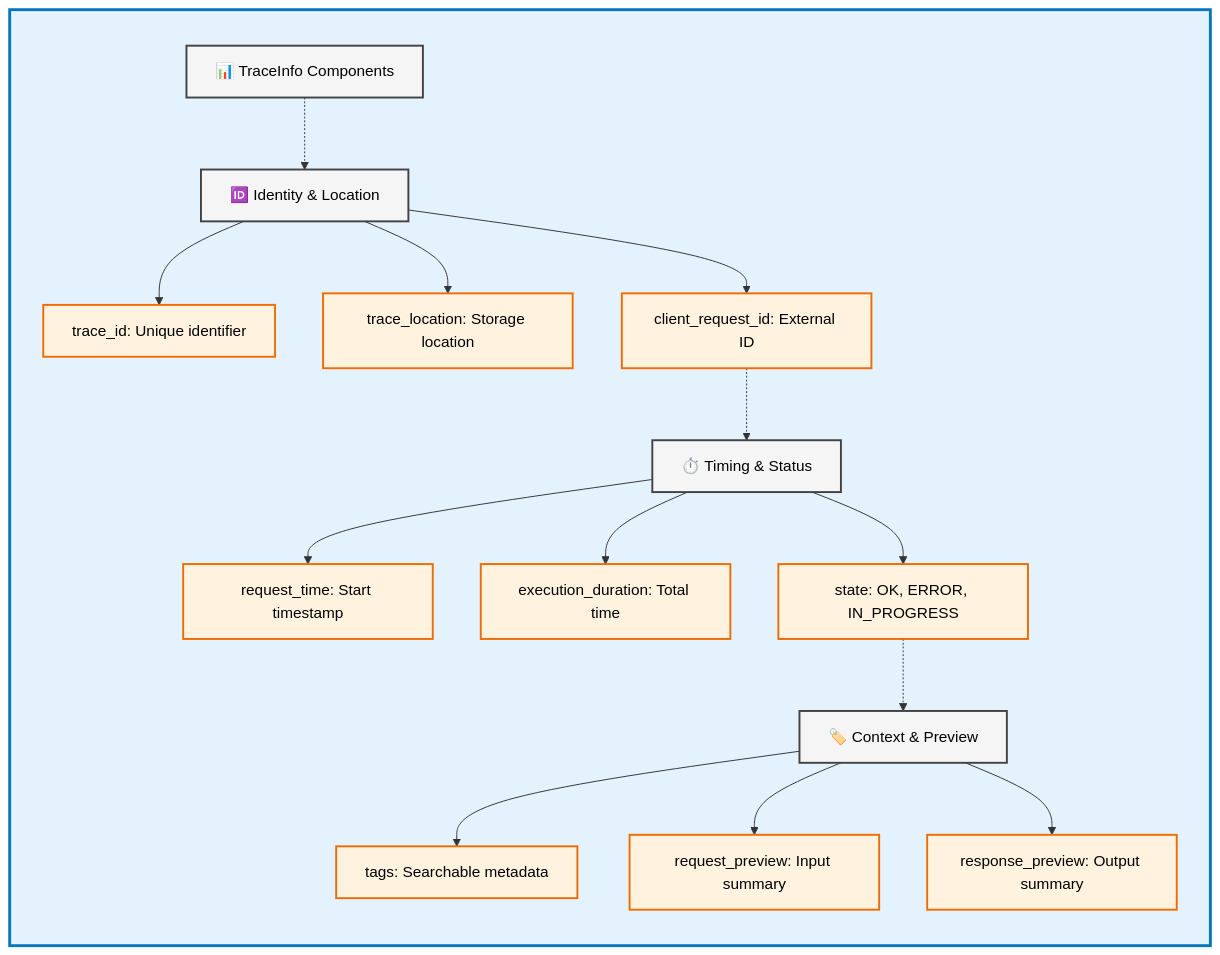
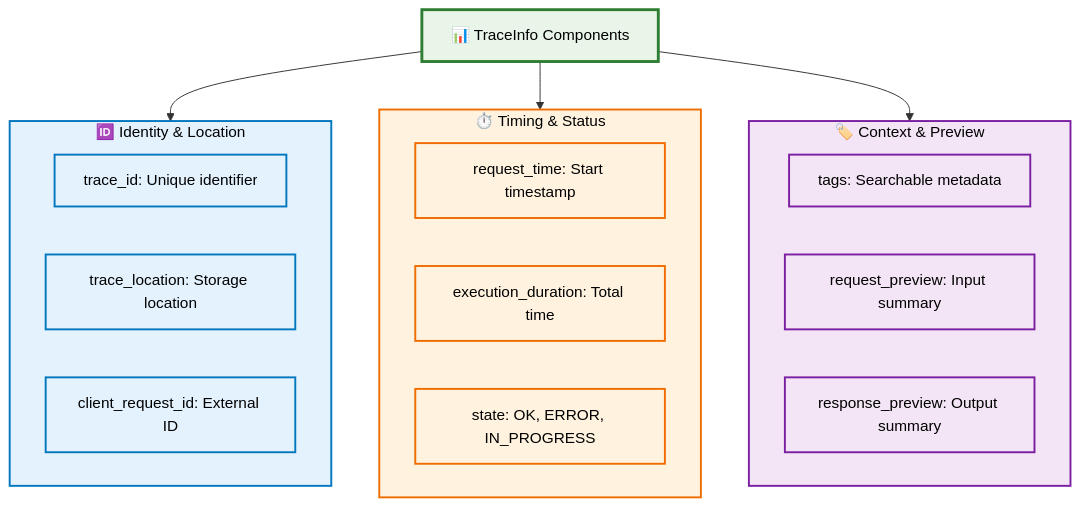
The second of 8 diagrams in docs/docs/genai/data-model/traces.mdx (mlflow/mlflow), drawn with Mermaid before and after one commit. The commit also changed other lines of this file and 50 other files, not shown here.

````diff
--- a/docs/docs/genai/data-model/traces.mdx
+++ b/docs/docs/genai/data-model/traces.mdx
@@ -50,47 +50,36 @@
 ```mermaid
 graph TB
-    subgraph INFO[" "]
-        direction TB
-        TITLE[📊 TraceInfo Components]
-        
-        IDENTITY[🆔 Identity & Location]
+    TITLE[📊 TraceInfo Components]
+
+    subgraph IDENTITY[🆔 Identity & Location]
         ID1[trace_id: Unique identifier]
         ID2[trace_location: Storage location]
         ID3[client_request_id: External ID]
-        
-        TIMING[⏱️ Timing & Status]
+    end
+
+    subgraph TIMING[⏱️ Timing & Status]
         T1[request_time: Start timestamp]
         T2[execution_duration: Total time]
         T3[state: OK, ERROR, IN_PROGRESS]
-        
-        CONTEXT[🏷️ Context & Preview]
+    end
+
+    subgraph CONTEXT[🏷️ Context & Preview]
         C1[tags: Searchable metadata]
         C2[request_preview: Input summary]
         C3[response_preview: Output summary]
-        
-        TITLE -.-> IDENTITY
-        IDENTITY --> ID1
-        IDENTITY --> ID2
-        IDENTITY --> ID3
-        
-        ID3 -.-> TIMING
-        TIMING --> T1
-        TIMING --> T2
-        TIMING --> T3
-        
-        T3 -.-> CONTEXT
-        CONTEXT --> C1
-        CONTEXT --> C2
-        CONTEXT --> C3
     end
-    
-    classDef infoStyle fill:#e3f2fd,stroke:#0277bd,stroke-width:3px,color:#000
-    classDef headerStyle fill:#f5f5f5,stroke:#424242,stroke-width:2px,color:#000
-    classDef componentStyle fill:#fff3e0,stroke:#ef6c00,stroke-width:2px,color:#000
-    classDef titleStyle fill:#f5f5f5,stroke:#424242,stroke-width:2px,color:#000
-    
-    class INFO infoStyle
-    class IDENTITY,TIMING,CONTEXT headerStyle
-    class ID1,ID2,ID3,T1,T2,T3,C1,C2,C3 componentStyle
+
+    TITLE --> IDENTITY
+    TITLE --> TIMING
+    TITLE --> CONTEXT
+
+    classDef titleStyle fill:#e8f5e8,stroke:#2e7d32,stroke-width:3px,color:#000
+    classDef identityStyle fill:#e3f2fd,stroke:#0277bd,stroke-width:2px,color:#000
+    classDef timingStyle fill:#fff3e0,stroke:#ef6c00,stroke-width:2px,color:#000
+    classDef contextStyle fill:#f3e5f5,stroke:#7b1fa2,stroke-width:2px,color:#000
+
     class TITLE titleStyle
+    class IDENTITY,ID1,ID2,ID3 identityStyle
+    class TIMING,T1,T2,T3 timingStyle
+    class CONTEXT,C1,C2,C3 contextStyle
 ```
````
